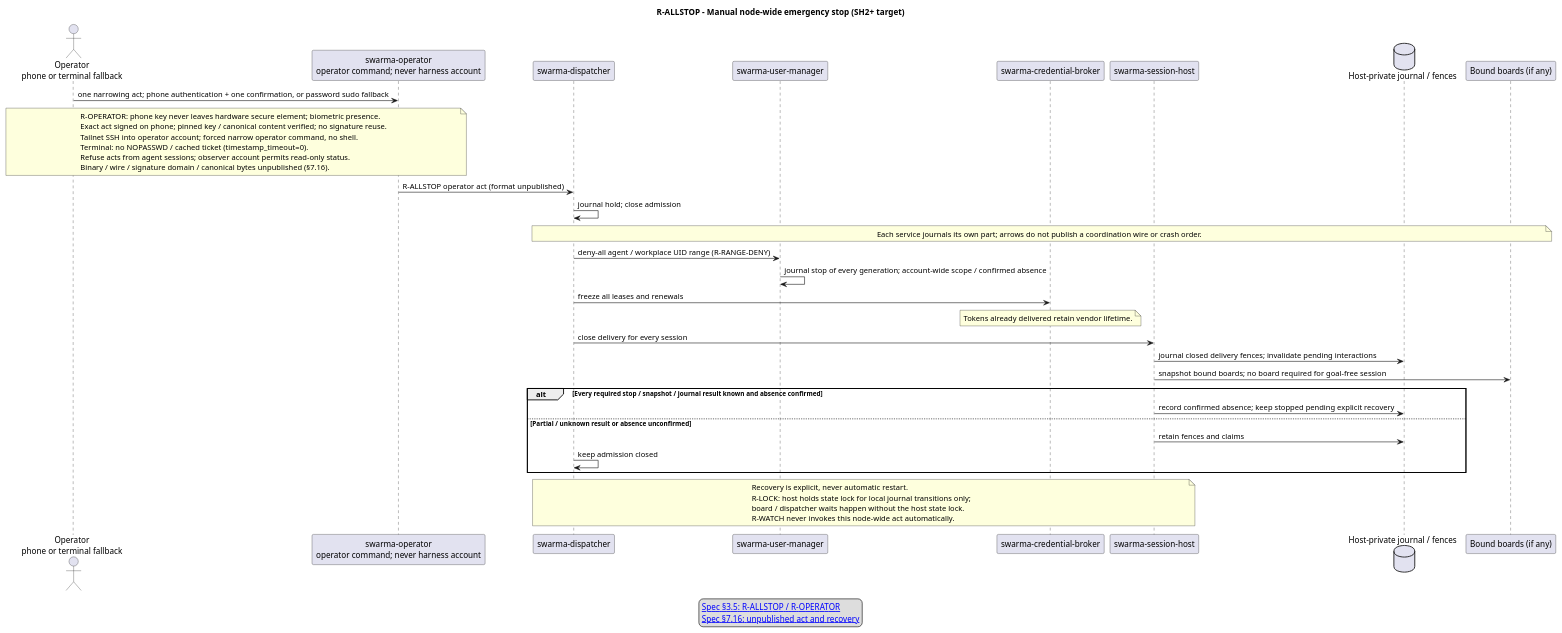
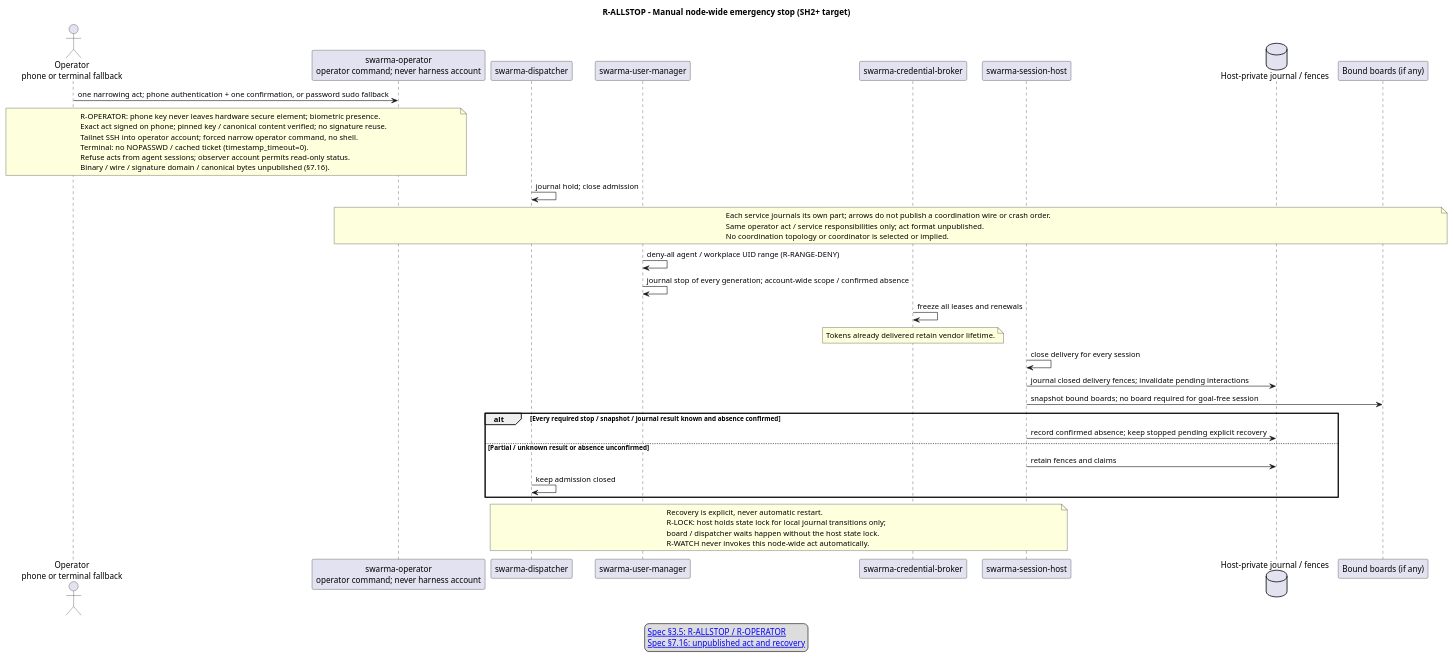
Before and after one commit to relux-works/curator-session-host: the diagram in diagrams/node-emergency-stop.puml, drawn with PlantUML. The commit also changed 9 other files, not shown here.

First line of the commit message:
Wave 5b for the session host: editorial fixes from the wave-5 review, hosted-launch contract r6 harvested as input, web default-off (TASK-261013-1805zp)

```diff
--- a/diagrams/node-emergency-stop.puml
+++ b/diagrams/node-emergency-stop.puml
@@ -1,47 +1,50 @@
 @startuml
 title R-ALLSTOP - Manual node-wide emergency stop (SH2+ target)
 actor "Operator\nphone or terminal fallback" as Operator
 participant "swarma-operator\noperator command; never harness account" as Control
 participant "swarma-dispatcher" as Dispatcher
 participant "swarma-user-manager" as Manager
 participant "swarma-credential-broker" as Broker
 participant "swarma-session-host" as Host
 database "Host-private journal / fences" as State
 participant "Bound boards (if any)" as Boards
 
 Operator -> Control : one narrowing act; phone authentication + one confirmation, or password sudo fallback
 note over Operator,Control
   R-OPERATOR: phone key never leaves hardware secure element; biometric presence.
   Exact act signed on phone; pinned key / canonical content verified; no signature reuse.
   Tailnet SSH into operator account; forced narrow operator command, no shell.
   Terminal: no NOPASSWD / cached ticket (timestamp_timeout=0).
   Refuse acts from agent sessions; observer account permits read-only status.
   Binary / wire / signature domain / canonical bytes unpublished (§7.16).
 end note
-Control -> Dispatcher : R-ALLSTOP operator act (format unpublished)
 Dispatcher -> Dispatcher : journal hold; close admission
-note over Dispatcher,Boards : Each service journals its own part; arrows do not publish a coordination wire or crash order.
-Dispatcher -> Manager : deny-all agent / workplace UID range (R-RANGE-DENY)
+note over Control,Boards
+  Each service journals its own part; arrows do not publish a coordination wire or crash order.
+  Same operator act / service responsibilities only; act format unpublished.
+  No coordination topology or coordinator is selected or implied.
+end note
+Manager -> Manager : deny-all agent / workplace UID range (R-RANGE-DENY)
 Manager -> Manager : journal stop of every generation; account-wide scope / confirmed absence
-Dispatcher -> Broker : freeze all leases and renewals
+Broker -> Broker : freeze all leases and renewals
 note over Broker : Tokens already delivered retain vendor lifetime.
-Dispatcher -> Host : close delivery for every session
+Host -> Host : close delivery for every session
 Host -> State : journal closed delivery fences; invalidate pending interactions
 Host -> Boards : snapshot bound boards; no board required for goal-free session
 alt Every required stop / snapshot / journal result known and absence confirmed
   Host -> State : record confirmed absence; keep stopped pending explicit recovery
 else Partial / unknown result or absence unconfirmed
   Host -> State : retain fences and claims
   Dispatcher -> Dispatcher : keep admission closed
 end
 note over Dispatcher,Host
   Recovery is explicit, never automatic restart.
   R-LOCK: host holds state lock for local journal transitions only;
   board / dispatcher waits happen without the host state lock.
   R-WATCH never invokes this node-wide act automatically.
 end note
 legend bottom
   [[../spec/session-host.md#35-park-restart-emergency-stop-board-completion Spec §3.5: R-ALLSTOP / R-OPERATOR]]
   [[../spec/session-host.md#7-open-questions Spec §7.16: unpublished act and recovery]]
 endlegend
 @enduml
```
